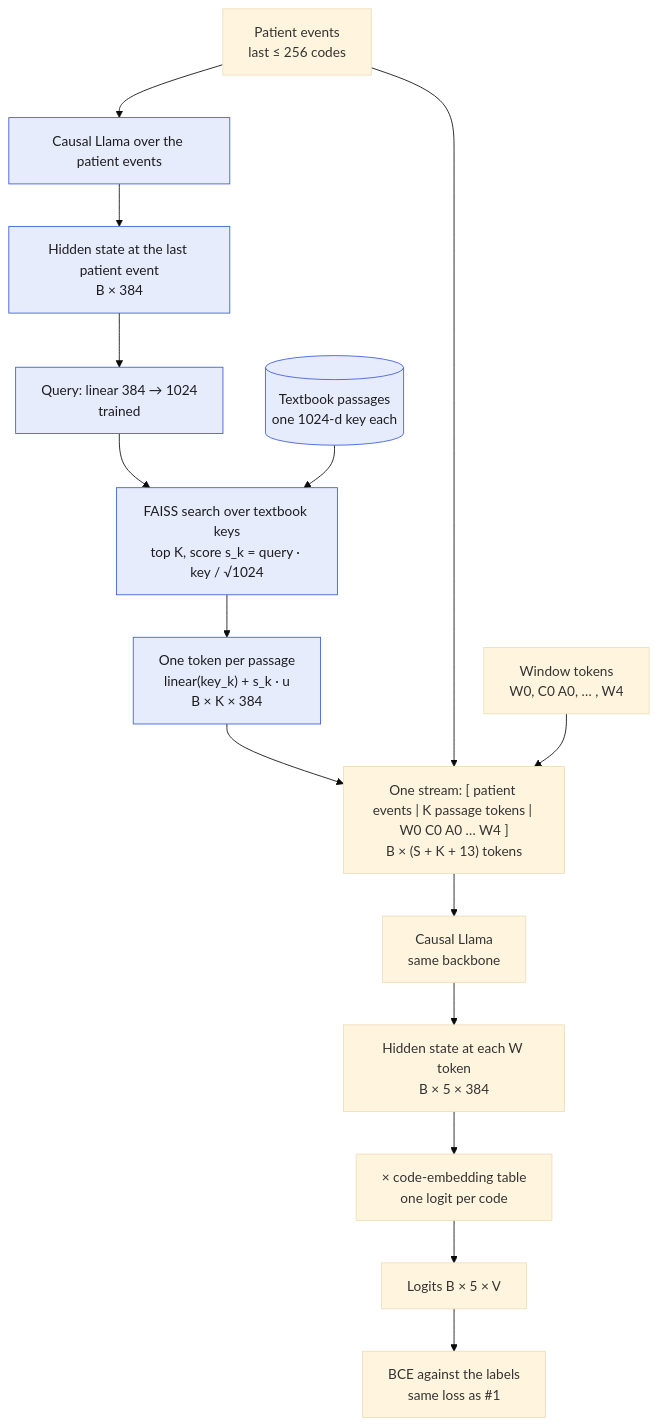
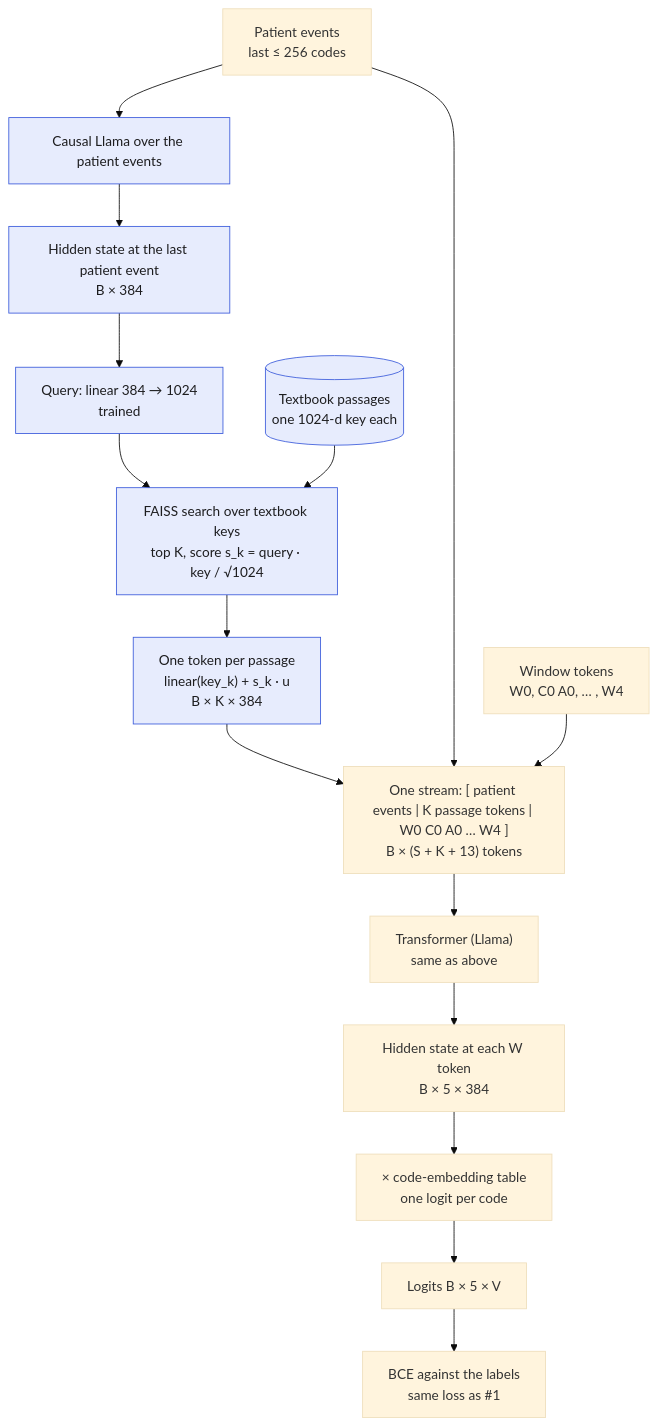
One commit to McDermottHealthAI/medrap-experiments changed the second of 2 diagrams in everyquery/README.md. Above: the diagram before and after it, drawn with Mermaid (base theme). The commit also changed 2 other files, not shown here.

Commit message:
everyquery: say transformer instead of backbone

````diff
--- a/everyquery/README.md
+++ b/everyquery/README.md
@@ -34,20 +34,20 @@
 ```mermaid
 flowchart TB
     P["Patient events<br/>last ≤ 256 codes"] --> LP["Causal Llama over the patient events"]
     LP --> HL["Hidden state at the last patient event<br/>B × 384"]
     HL --> QP["Query: linear 384 → 1024<br/>trained"]
     QP --> F["FAISS search over textbook keys<br/>top K, score s_k = query · key / √1024"]
     DB[("Textbook passages<br/>one 1024-d key each")] --> F
     F --> DT["One token per passage<br/>linear(key_k) + s_k · u<br/>B × K × 384"]
     DT --> S
     P --> S
     Q["Window tokens<br/>W0, C0 A0, … , W4"] --> S
     S["One stream: [ patient events | K passage tokens | W0 C0 A0 … W4 ]<br/>B × (S + K + 13) tokens"]
-    S --> L["Causal Llama<br/>same backbone"]
+    S --> L["Transformer (Llama)<br/>same as above"]
     L --> H["Hidden state at each W token<br/>B × 5 × 384"]
     H --> R["× code-embedding table<br/>one logit per code"]
     R --> O["Logits B × 5 × V"]
     O --> Loss["BCE against the labels<br/>same loss as #1"]
     classDef added fill:#e7ecfd,stroke:#3b5bdb,color:#1d1d1f
     class LP,HL,QP,F,DB,DT added
 ```
````
